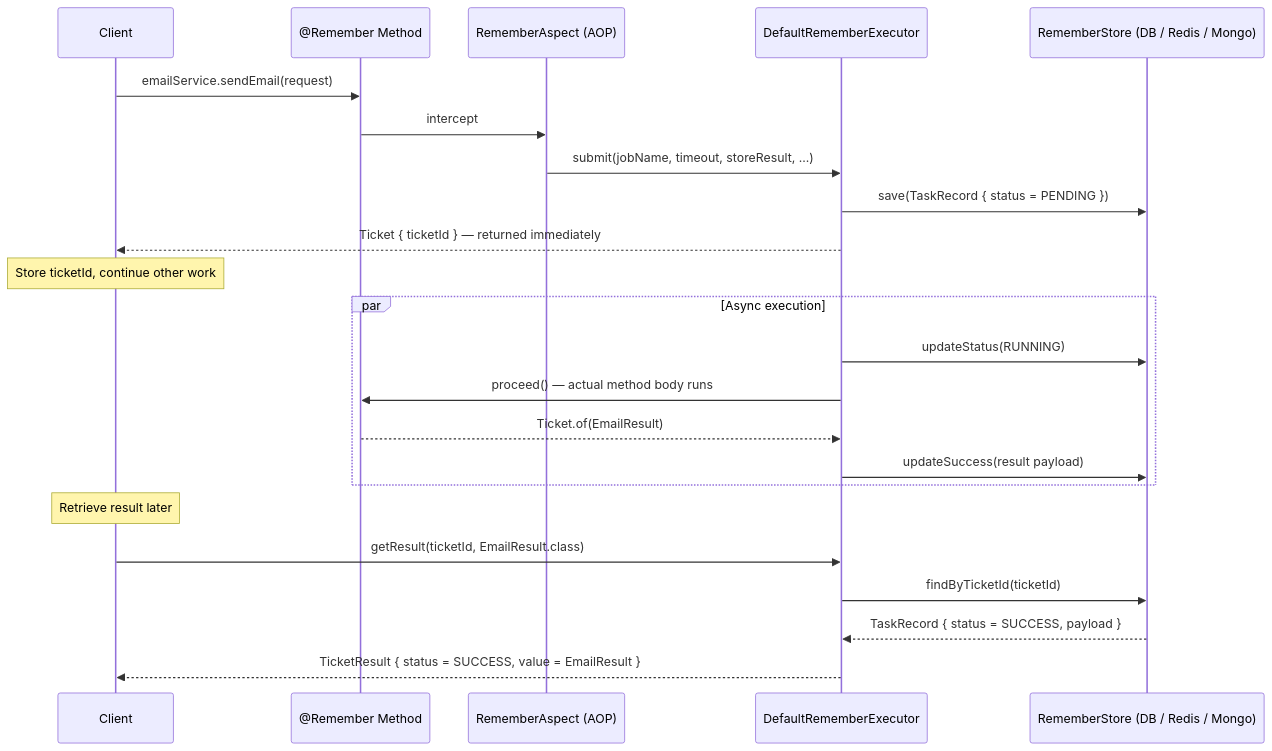
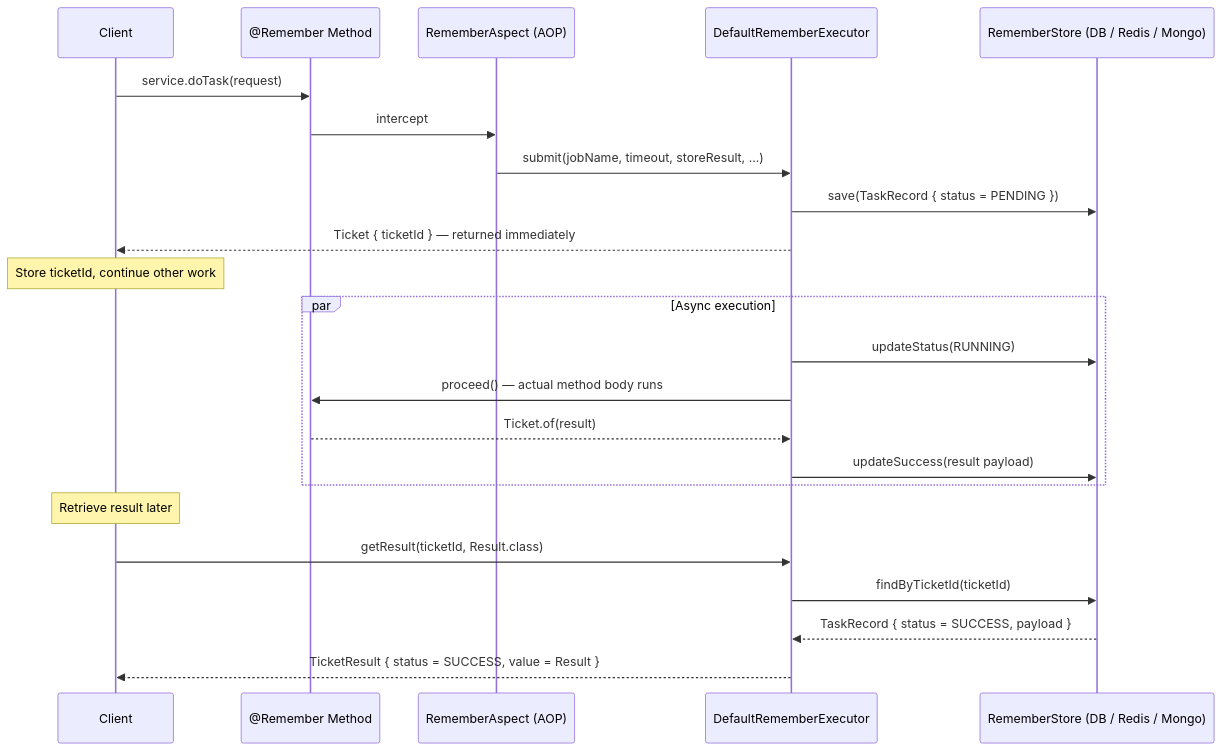
One commit to fire-and-remember/fnr-core changed the diagram in README.md. Above: the diagram before and after it, drawn with Mermaid. The commit also changed other lines of this file, not shown here.

Commit message:
docs: rename API Flow to How It Works and use generic method names

````diff
--- a/README.md
+++ b/README.md
@@ -36,30 +36,30 @@
 ```mermaid
 sequenceDiagram
     participant Client
     participant Bean as @Remember Method
     participant Aspect as RememberAspect (AOP)
     participant Executor as DefaultRememberExecutor
     participant Store as RememberStore (DB / Redis / Mongo)
 
-    Client->>Bean: emailService.sendEmail(request)
+    Client->>Bean: service.doTask(request)
     Bean->>Aspect: intercept
     Aspect->>Executor: submit(jobName, timeout, storeResult, ...)
     Executor->>Store: save(TaskRecord { status = PENDING })
     Executor-->>Client: Ticket { ticketId } — returned immediately
 
     Note over Client: Store ticketId, continue other work
 
     par Async execution
         Executor->>Store: updateStatus(RUNNING)
         Executor->>Bean: proceed() — actual method body runs
-        Bean-->>Executor: Ticket.of(EmailResult)
+        Bean-->>Executor: Ticket.of(result)
         Executor->>Store: updateSuccess(result payload)
     end
 
     Note over Client: Retrieve result later
 
-    Client->>Executor: getResult(ticketId, EmailResult.class)
+    Client->>Executor: getResult(ticketId, Result.class)
     Executor->>Store: findByTicketId(ticketId)
     Store-->>Executor: TaskRecord { status = SUCCESS, payload }
-    Executor-->>Client: TicketResult { status = SUCCESS, value = EmailResult }
+    Executor-->>Client: TicketResult { status = SUCCESS, value = Result }
 ```
````
